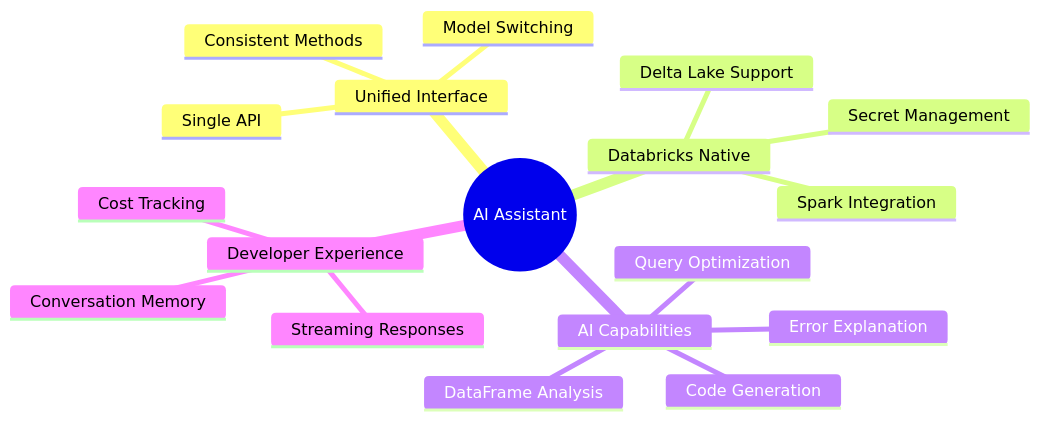
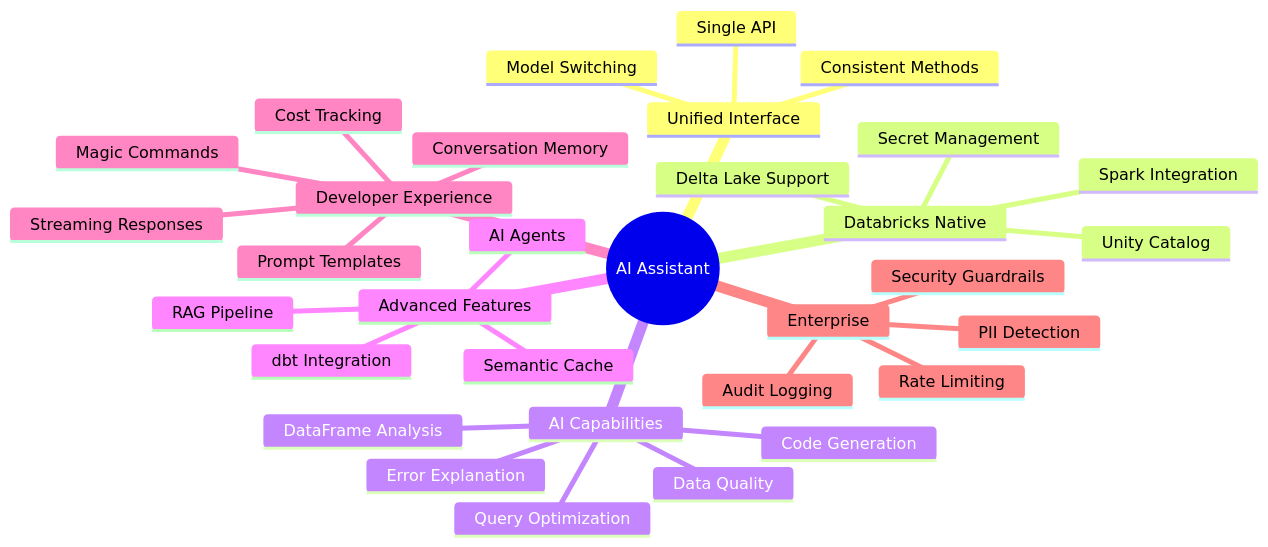
The fifth of 31 diagrams in README.md (gustcol/gemini-claude-databricks), drawn with Mermaid before and after one commit. The commit also changed other lines of this file and 24 other files, not shown here.

````diff
--- a/README.md
+++ b/README.md
@@ -194,21 +204,35 @@
 ```mermaid
 mindmap
   root((AI Assistant))
     Unified Interface
       Single API
       Model Switching
       Consistent Methods
     Databricks Native
       Secret Management
       Spark Integration
       Delta Lake Support
+      Unity Catalog
     AI Capabilities
       Code Generation
       Query Optimization
       Error Explanation
       DataFrame Analysis
+      Data Quality
+    Advanced Features
+      Semantic Cache
+      RAG Pipeline
+      AI Agents
+      dbt Integration
     Developer Experience
       Streaming Responses
       Conversation Memory
       Cost Tracking
+      Magic Commands
+      Prompt Templates
+    Enterprise
+      Security Guardrails
+      PII Detection
+      Rate Limiting
+      Audit Logging
 ```
````
